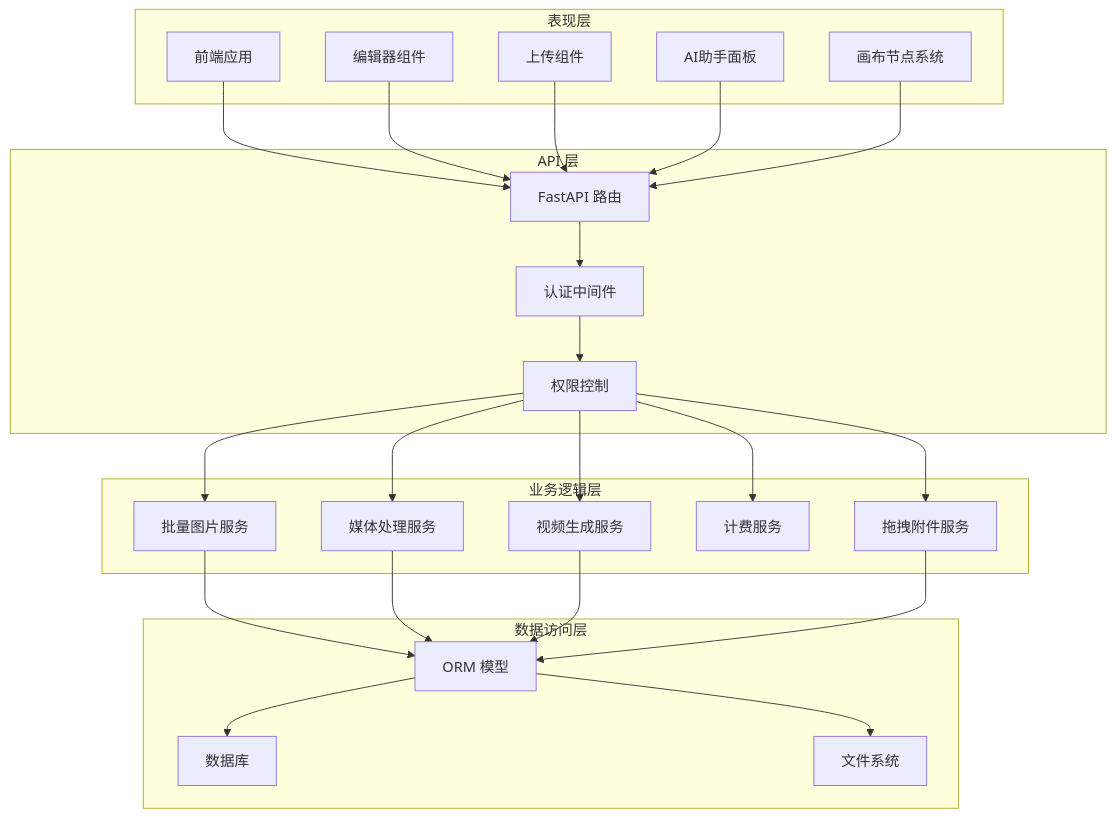
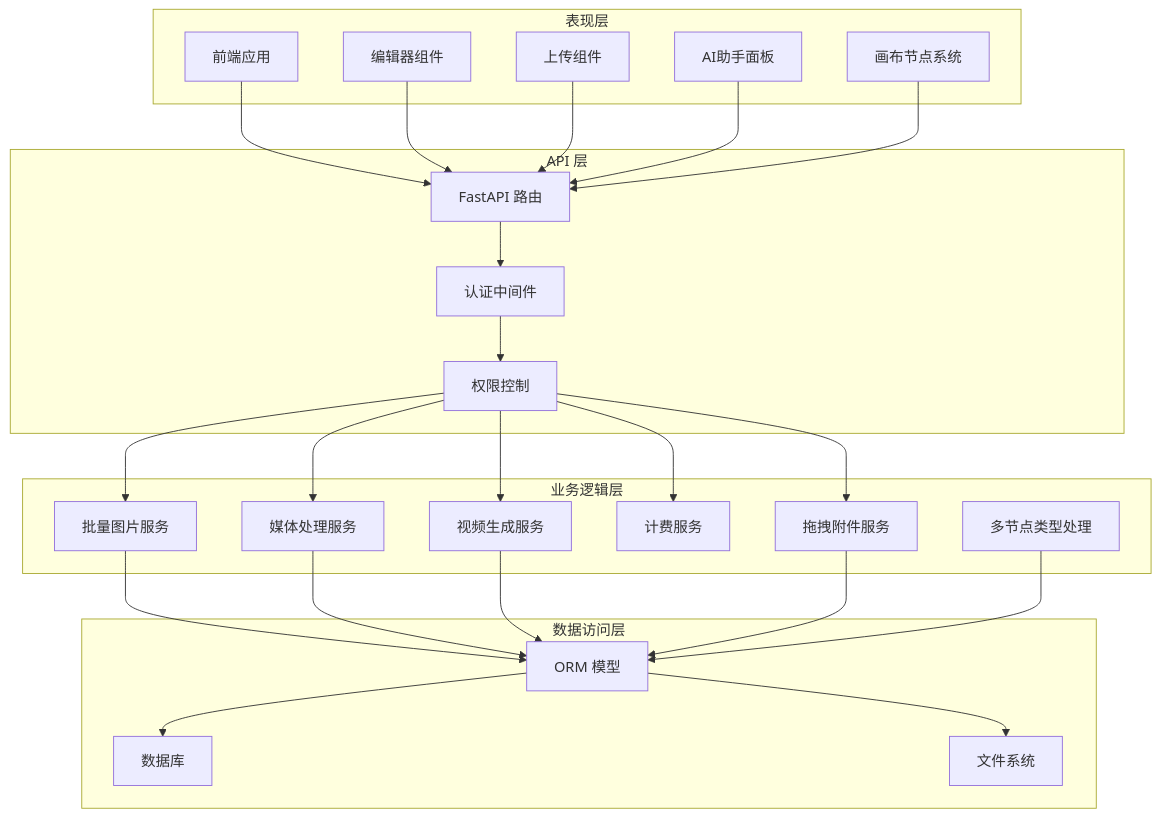
One commit to KunLabAI/KunFlix changed the fifth of 15 diagrams in .qoder/repowiki/zh/content/前端应用架构/UI组件库/画布组件系统/AI助手面板/多图片支持增强.md. Above: the diagram before and after it, drawn with Mermaid. The commit also changed other lines of this file and 14 other files, not shown here.

````diff
--- a/.qoder/repowiki/zh/content/前端应用架构/UI组件库/画布组件系统/AI助手面板/多图片支持增强.md
+++ b/.qoder/repowiki/zh/content/前端应用架构/UI组件库/画布组件系统/AI助手面板/多图片支持增强.md
@@ -236,45 +244,47 @@
 ```mermaid
 graph TB
 subgraph "表现层"
 A[前端应用]
 B[编辑器组件]
 C[上传组件]
 D[AI助手面板]
 E[画布节点系统]
 end
 subgraph "API 层"
 F[FastAPI 路由]
 G[认证中间件]
 H[权限控制]
 end
 subgraph "业务逻辑层"
 I[批量图片服务]
 J[媒体处理服务]
 K[视频生成服务]
 L[计费服务]
 M[拖拽附件服务]
+N[多节点类型处理]
 end
 subgraph "数据访问层"
-N[ORM 模型]
-O[数据库]
-P[文件系统]
+O[ORM 模型]
+P[数据库]
+Q[文件系统]
 end
 A --> F
 B --> F
 C --> F
 D --> F
 E --> F
 F --> G
 G --> H
 H --> I
 H --> J
 H --> K
 H --> L
 H --> M
-I --> N
-J --> N
-K --> N
-M --> N
+I --> O
+J --> O
+K --> O
+M --> O
 N --> O
-N --> P
+O --> P
+O --> Q
 ```
````
